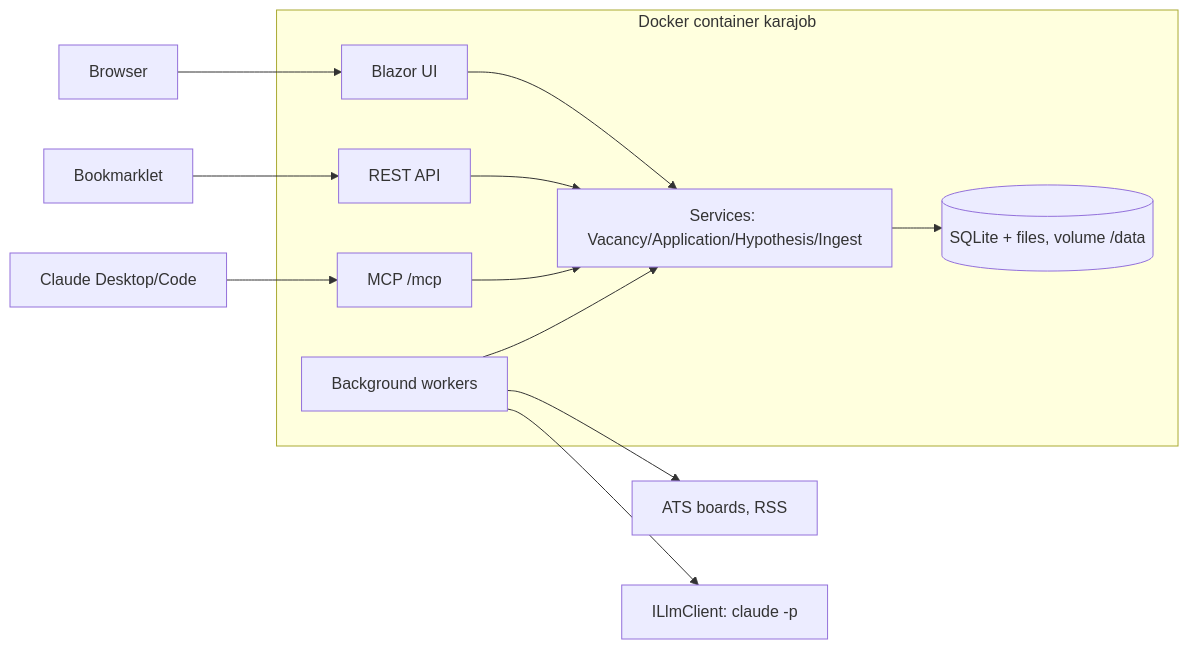
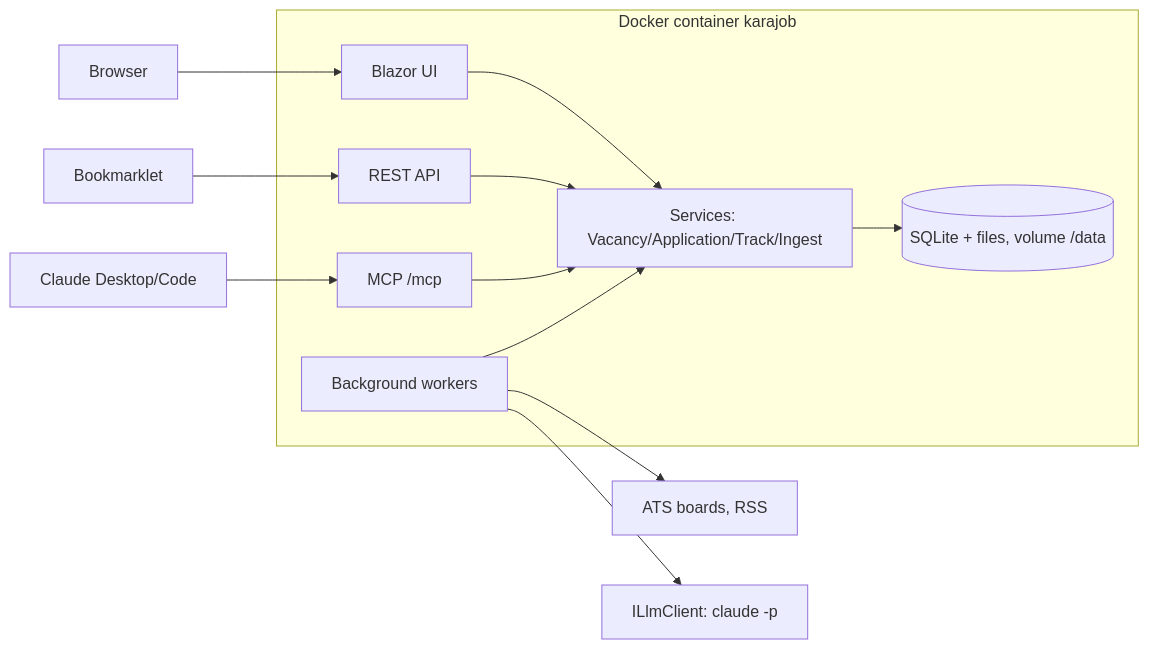
Before and after one commit to Karabaev/karajob: the diagram in docs/design.md, drawn with Mermaid. The commit also changed other lines of this file and 248 other files, not shown here.

Commit message:
Rename the term hypothesis to Track

````diff
--- a/docs/design.md
+++ b/docs/design.md
@@ -211,15 +211,15 @@
 ```mermaid
 flowchart LR
   Browser[Browser] --> UI[Blazor UI]
   Bookmarklet[Bookmarklet] --> REST[REST API]
   Claude[Claude Desktop/Code] --> MCP[MCP /mcp]
   subgraph Docker[Docker container karajob]
-    UI --> S[Services: Vacancy/Application/Hypothesis/Ingest]
+    UI --> S[Services: Vacancy/Application/Track/Ingest]
     REST --> S
     MCP --> S
     S --> DB[(SQLite + files, volume /data)]
     W[Background workers] --> S
   end
   W --> Src[ATS boards, RSS]
   W --> LLM[ILlmClient: claude -p]
 ```
````
